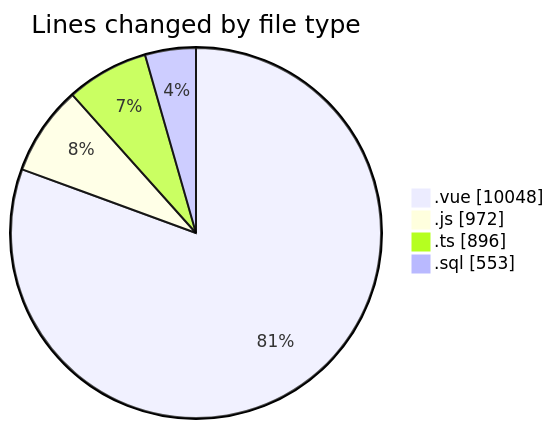
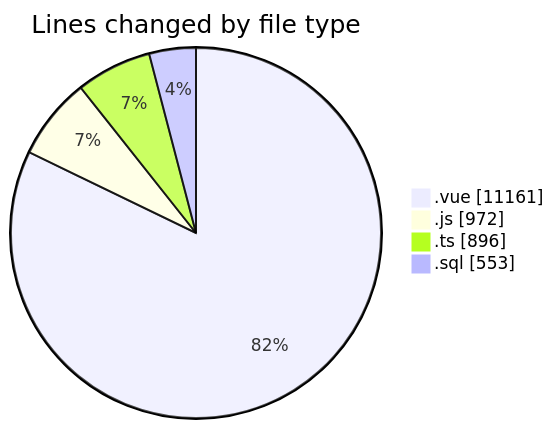
Before and after one commit to lephambinh05/code-tracking: the first of 2 diagrams in 2025-08-13/rentotp/README.md, drawn with Mermaid. The commit also changed other lines of this file and 1 other file, not shown here.

````diff
--- a/2025-08-13/rentotp/README.md
+++ b/2025-08-13/rentotp/README.md
@@ -41,8 +42,8 @@
 ```mermaid
 pie showData
 title Lines changed by file type
-".vue" : 10048
+".vue" : 11161
 ".js" : 972
 ".ts" : 896
 ".sql" : 553
 ```
````
